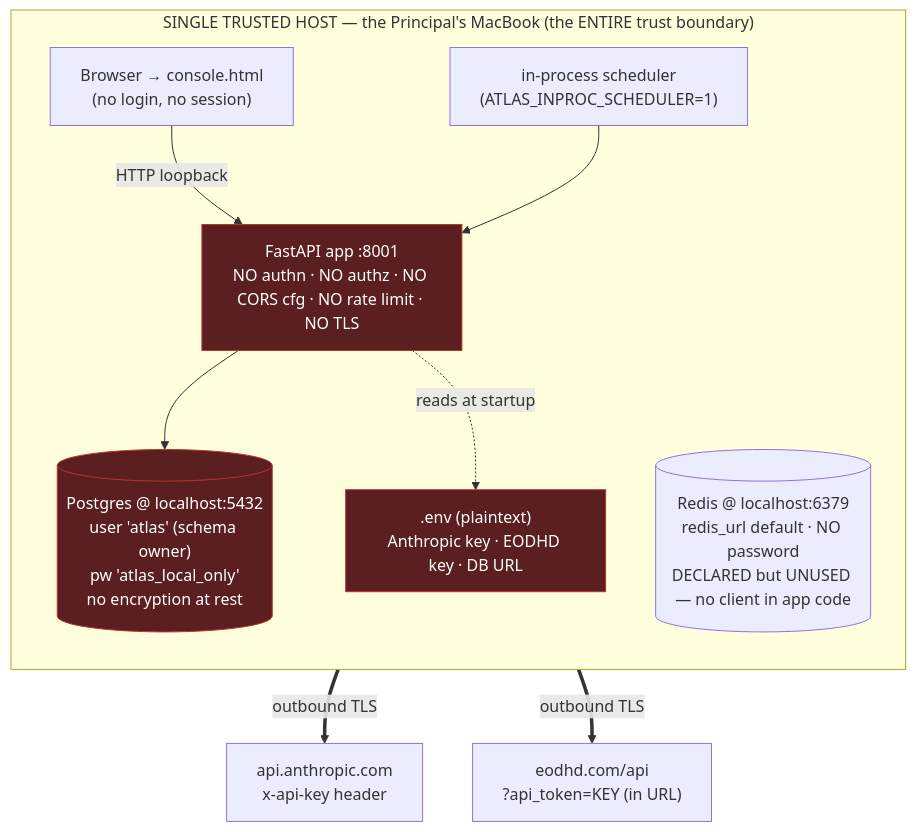
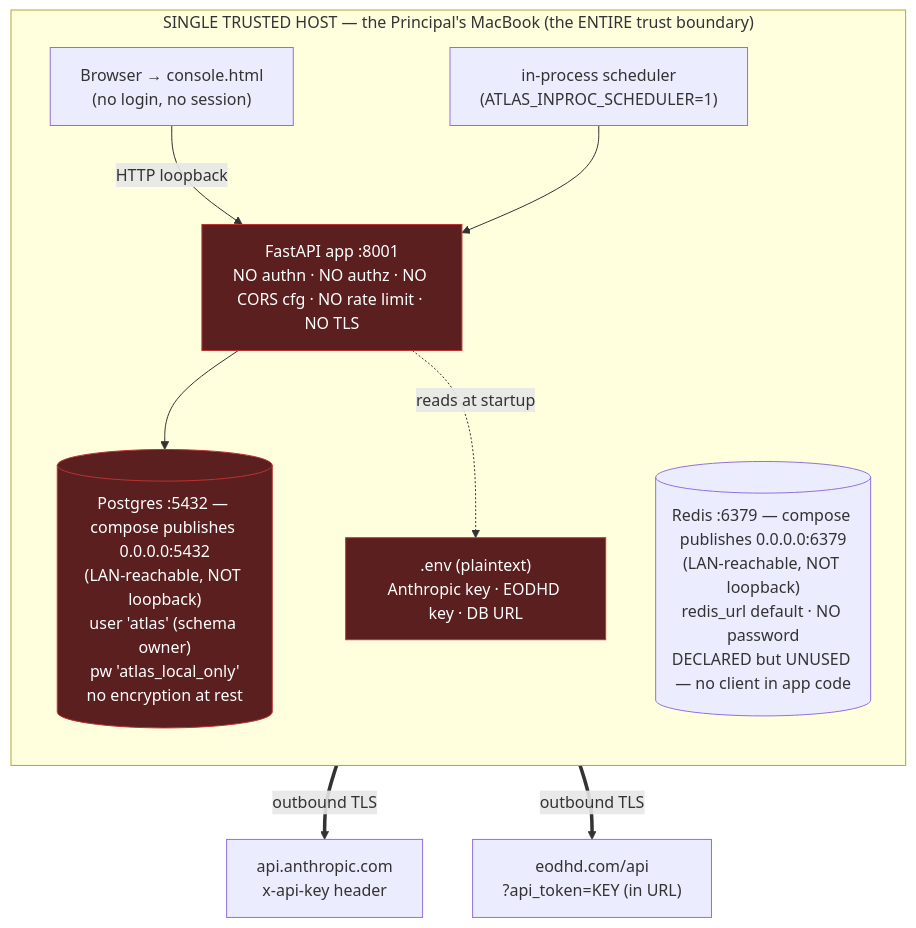
The first of 3 diagrams in REVIEW_PACKAGE/14_SECURITY.md (jkaryampudi/atlas), drawn with Mermaid before and after one commit. The commit also changed other lines of this file and 17 other files, not shown here.

````diff
--- a/REVIEW_PACKAGE/14_SECURITY.md
+++ b/REVIEW_PACKAGE/14_SECURITY.md
@@ -37,21 +43,21 @@
 ```mermaid
 flowchart TB
   subgraph Trusted["SINGLE TRUSTED HOST — the Principal's MacBook (the ENTIRE trust boundary)"]
     direction TB
     Browser["Browser → console.html<br/>(no login, no session)"]
     API["FastAPI app :8001<br/>NO authn · NO authz · NO CORS cfg · NO rate limit · NO TLS"]
-    PG[("Postgres @ localhost:5432<br/>user 'atlas' (schema owner)<br/>pw 'atlas_local_only'<br/>no encryption at rest")]
-    Redis[("Redis @ localhost:6379<br/>redis_url default · NO password<br/>DECLARED but UNUSED — no client in app code")]
+    PG[("Postgres :5432 — compose publishes 0.0.0.0:5432<br/>(LAN-reachable, NOT loopback)<br/>user 'atlas' (schema owner)<br/>pw 'atlas_local_only'<br/>no encryption at rest")]
+    Redis[("Redis :6379 — compose publishes 0.0.0.0:6379<br/>(LAN-reachable, NOT loopback)<br/>redis_url default · NO password<br/>DECLARED but UNUSED — no client in app code")]
     ENV[".env (plaintext)<br/>Anthropic key · EODHD key · DB URL"]
     Sched["in-process scheduler<br/>(ATLAS_INPROC_SCHEDULER=1)"]
     Browser -->|HTTP loopback| API
     API --> PG
     API -.reads at startup.-> ENV
     Sched --> API
   end
   API ==>|outbound TLS| Anthropic["api.anthropic.com<br/>x-api-key header"]
   API ==>|outbound TLS| EODHD["eodhd.com/api<br/>?api_token=KEY (in URL)"]
 
   classDef bad fill:#5b1f1f,stroke:#b33,color:#fff;
   class API,ENV,PG bad;
 ```
````
